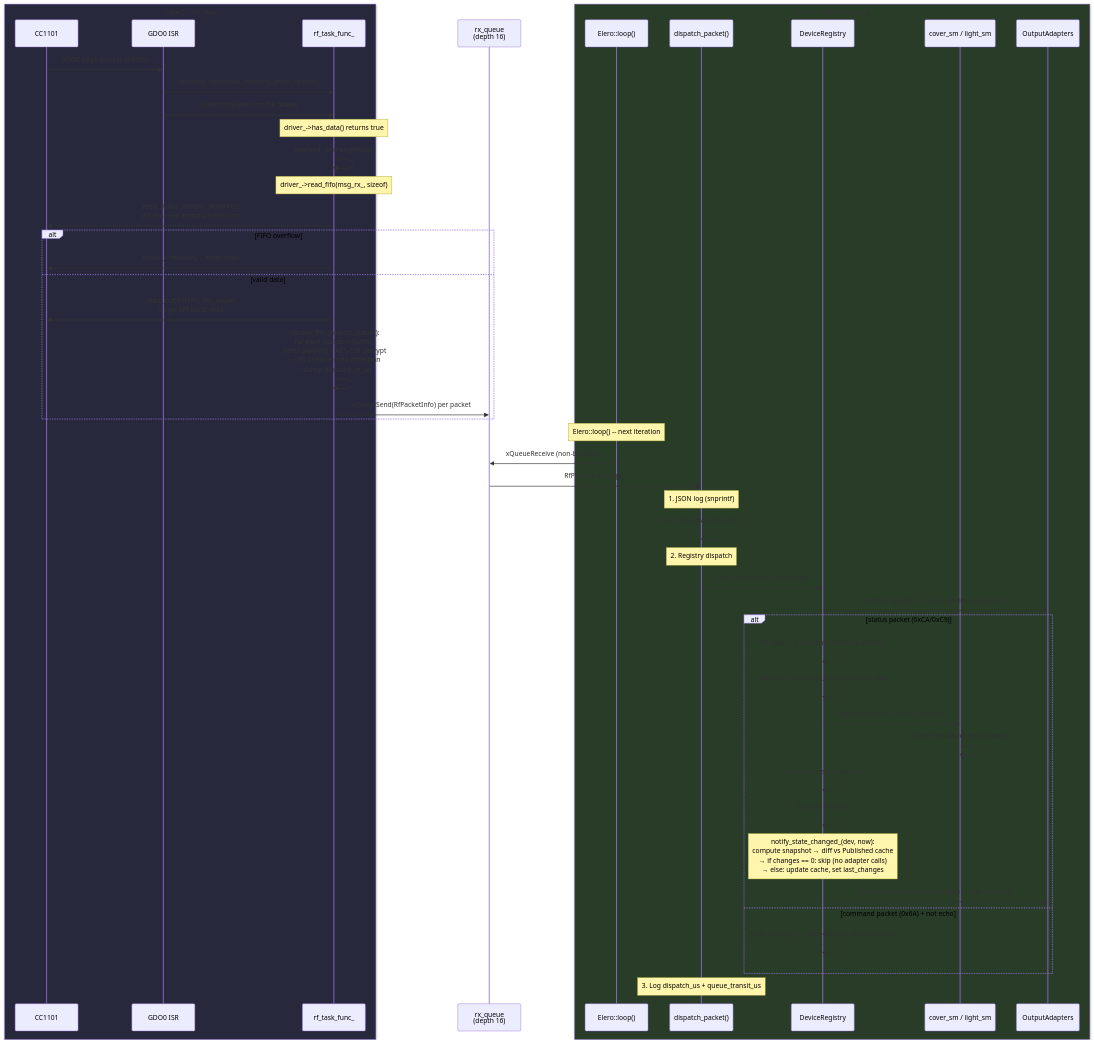
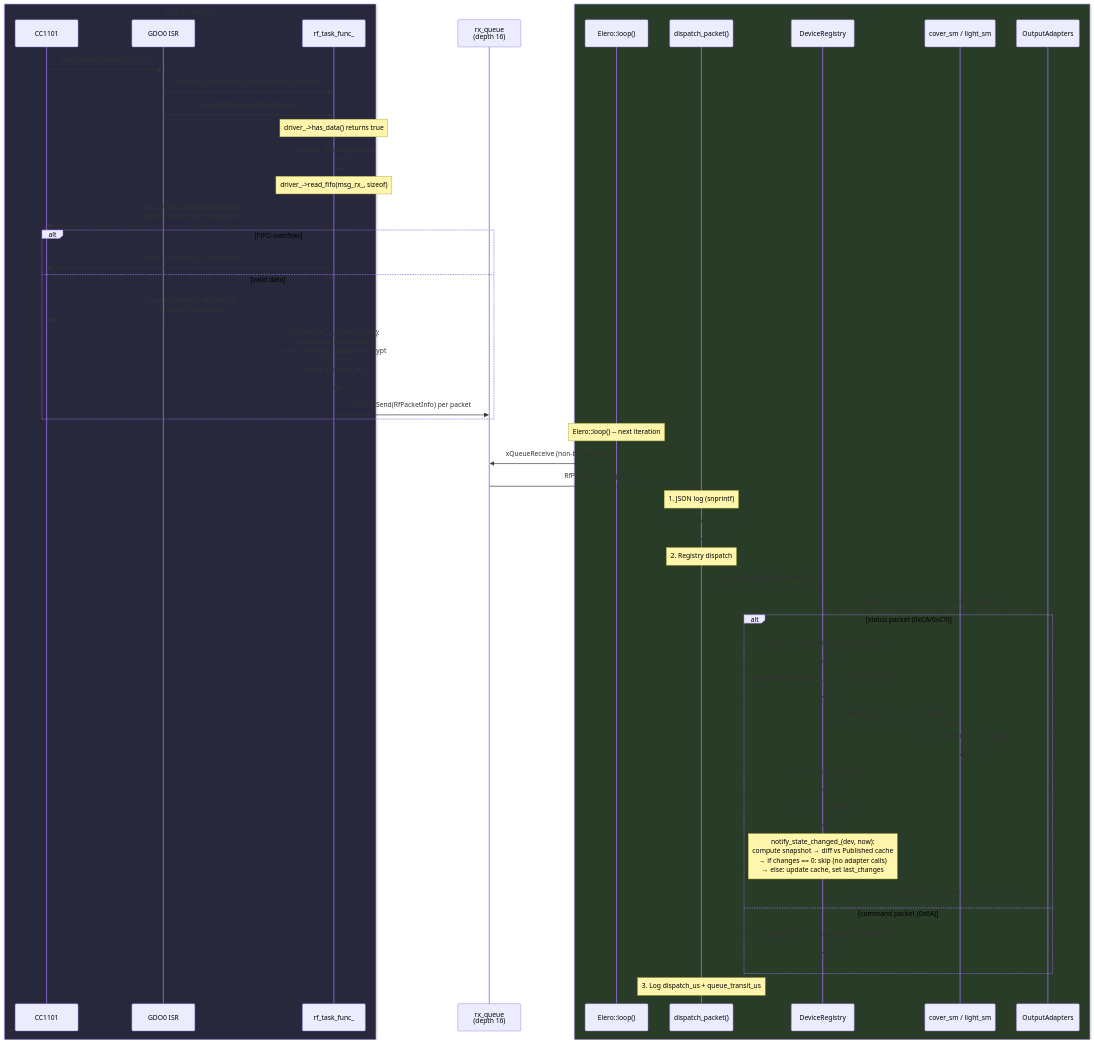
One commit to manuschillerdev/esphome-elero changed the sixth of 7 diagrams in docs/flows/STATE_MACHINES.md. Above: the diagram before and after it, drawn with Mermaid. The commit also changed other lines of this file and 10 other files, not shown here.

First line of the commit message:
fix: remove echo detection — solves non-existent problem, risks false suppression

````diff
--- a/docs/flows/STATE_MACHINES.md
+++ b/docs/flows/STATE_MACHINES.md
@@ -424,60 +419,60 @@
 ```mermaid
 sequenceDiagram
     box rgb(40,40,60) Core 0 -- RF Task
         participant HW as CC1101
         participant ISR as GDO0 ISR
         participant RF as rf_task_func_
     end
     participant RXQ as rx_queue<br/>(depth 16)
     box rgb(40,60,40) Core 1 -- ESPHome Loop
         participant MainLoop as Elero::loop()
         participant Disp as dispatch_packet()
         participant Reg as DeviceRegistry
         participant FSM as cover_sm / light_sm
         participant Adapt as OutputAdapters
     end
 
     HW->>ISR: GDO0 edge (packet in FIFO)
     ISR->>RF: received_.store(true, memory_order_release)
     ISR->>RF: vTaskNotifyGiveFromISR (wake)
 
     Note over RF: driver_->has_data() returns true
     RF->>RF: received_.exchange(false)
 
     Note over RF: driver_->read_fifo(msg_rx_, sizeof)
     RF->>HW: read_status_reliable_(RXBYTES)<br/>double-read errata workaround
 
     alt FIFO overflow
         RF->>HW: driver_->recover() -- reset radio
     else valid data
         RF->>HW: read_buf(RXFIFO, fifo_count)<br/>single SPI burst read
-        RF->>RF: decode_fifo_packets_(count):<br/>for each packet in buffer:<br/>parse_packet() + AES-128 decrypt<br/>+ CRC check + echo detection<br/>+ stamp decoded_at_us
+        RF->>RF: decode_fifo_packets_(count):<br/>for each packet in buffer:<br/>parse_packet() + AES-128 decrypt<br/>+ CRC check<br/>+ stamp decoded_at_us
         RF->>RXQ: xQueueSend(RfPacketInfo) per packet
     end
 
     Note over MainLoop: Elero::loop() -- next iteration
     MainLoop->>RXQ: xQueueReceive (non-blocking)
     RXQ->>Disp: RfPacketInfo (copy)
 
     Note over Disp: 1. JSON log (snprintf)
     Disp->>Disp: ESP_LOGD(TAG_RF, JSON)
 
     Note over Disp: 2. Registry dispatch
     Disp->>Reg: on_rf_packet(pkt, timestamp)
     Reg->>Adapt: notify_rf_packet_() -- all adapters see raw pkt
 
     alt status packet (0xCA/0xC9)
         Reg->>Reg: find(pkt.src) -- lookup Device by address
         Reg->>Reg: update rf_meta (last_seen, rssi, state_raw)
         Reg->>FSM: dispatch_status_() -> on_rf_status()
         FSM->>FSM: state transition (variant swap)
         Reg->>Reg: poll.on_rf_received(now)
         Reg->>Reg: tilt state tracking
         Note over Reg: notify_state_changed_(dev, now):<br/>compute snapshot → diff vs Published cache<br/>→ if changes == 0: skip (no adapter calls)<br/>→ else: update cache, set last_changes
         Reg->>Adapt: on_state_changed(dev, changes) -- only if diff != 0
-    else command packet (0x6A) + not echo
+    else command packet (0x6A)
         Reg->>Reg: track_remote_() -- auto-discover RemoteDevice
     end
 
     Note over Disp: 3. Log dispatch_us + queue_transit_us
 ```
````
